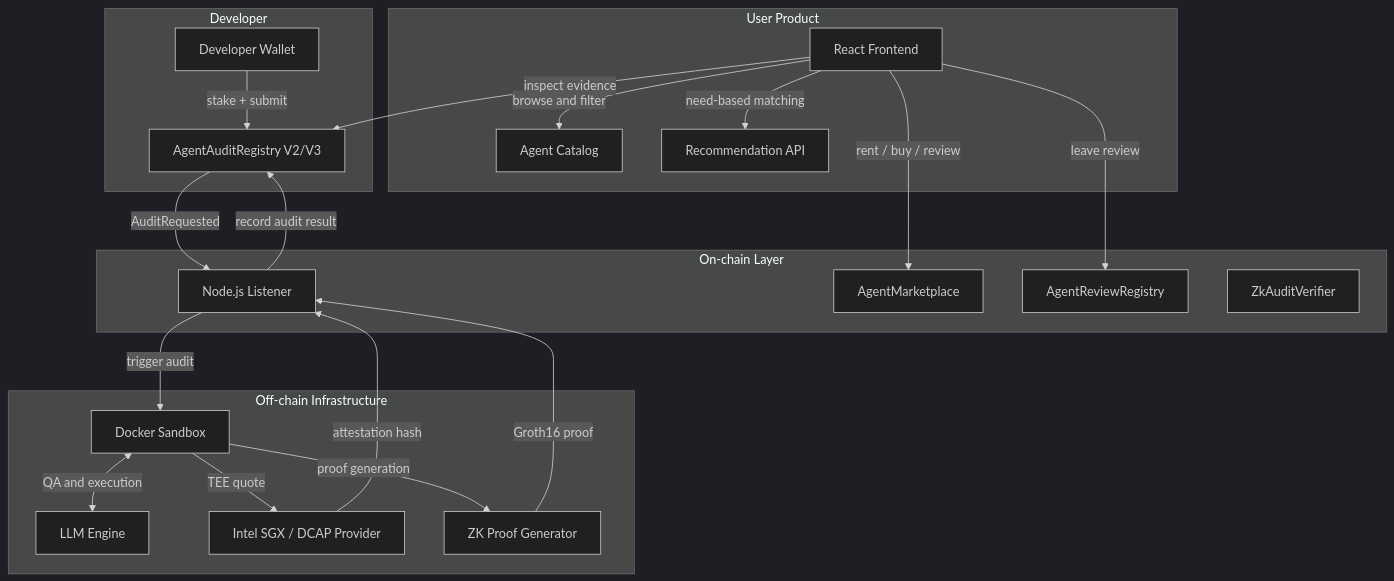
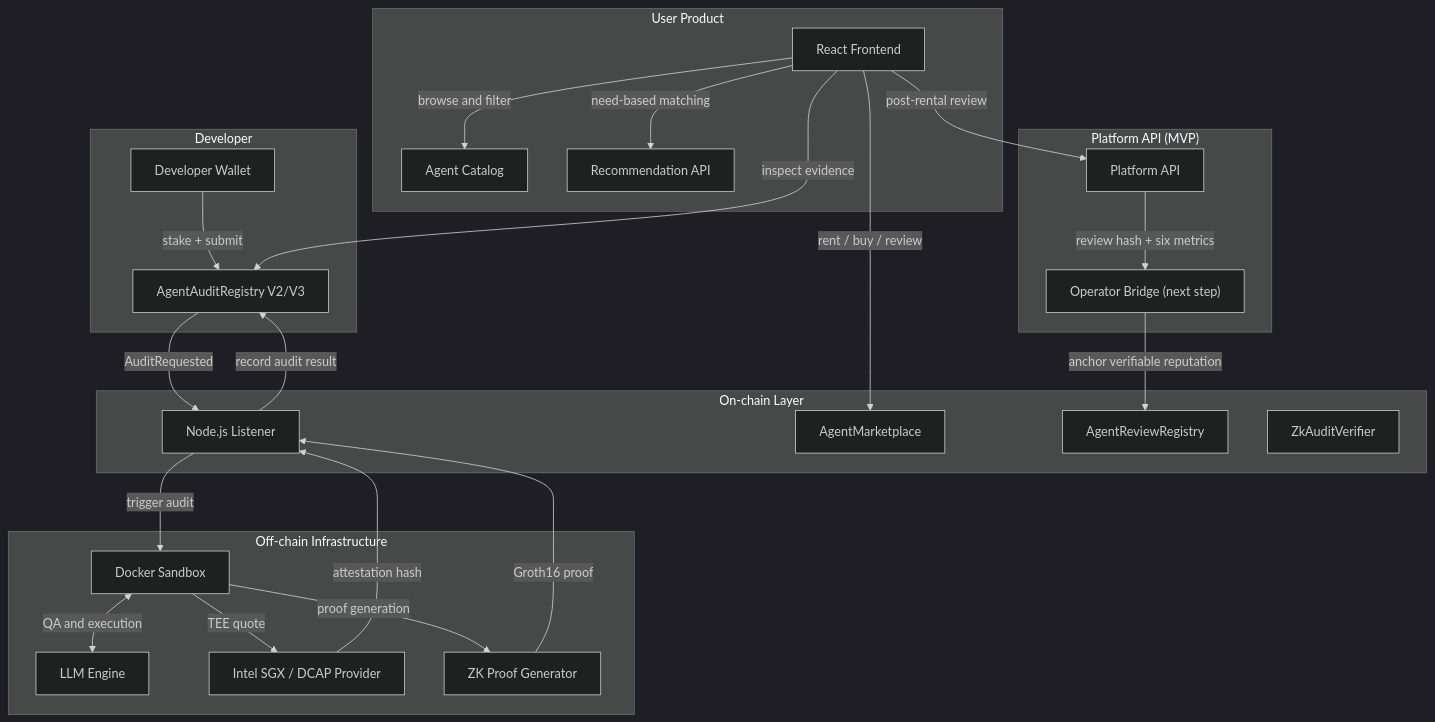
The diagram in README.md (ZhangJinHaHaHa/Draft-box-agentlens), drawn with Mermaid (dark theme) before and after one commit. The commit also changed other lines of this file, not shown here.

````diff
--- a/README.md
+++ b/README.md
@@ -39,31 +44,38 @@
 ```mermaid
 graph TD
     subgraph "Developer"
         D["Developer Wallet"] -->|"stake + submit"| R
     end
 
     subgraph "On-chain Layer"
         R["AgentAuditRegistry V2/V3"] -->|"AuditRequested"| L
         M["AgentMarketplace"]
         Rev["AgentReviewRegistry"]
         Z["ZkAuditVerifier"]
+    end
+
+    subgraph "Platform API (MVP)"
+        P["Platform API"]
+        B["Operator Bridge (next step)"]
     end
 
     subgraph "Off-chain Infrastructure"
         L["Node.js Listener"] -->|"trigger audit"| S
         S["Docker Sandbox"] <-->|"QA and execution"| LLM["LLM Engine"]
         S -->|"TEE quote"| TEE["Intel SGX / DCAP Provider"]
         S -->|"proof generation"| ZKP["ZK Proof Generator"]
         TEE -->|"attestation hash"| L
         ZKP -->|"Groth16 proof"| L
         L -->|"record audit result"| R
     end
 
     subgraph "User Product"
         F["React Frontend"] -->|"browse and filter"| C["Agent Catalog"]
         F -->|"need-based matching"| Rec["Recommendation API"]
         F -->|"inspect evidence"| R
         F -->|"rent / buy / review"| M
-        F -->|"leave review"| Rev
+        F -->|"post-rental review"| P
+        P -->|"review hash + six metrics"| B
+        B -->|"anchor verifiable reputation"| Rev
     end
 ```
````
